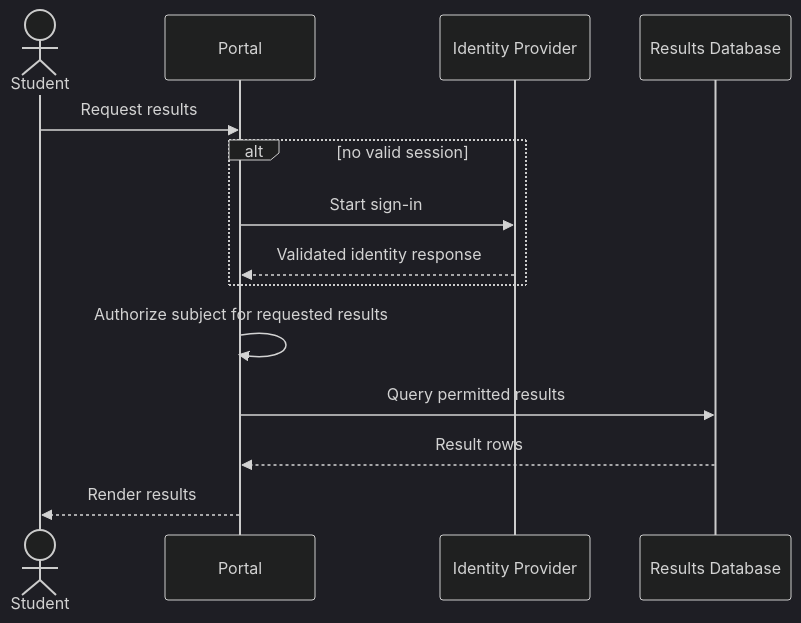
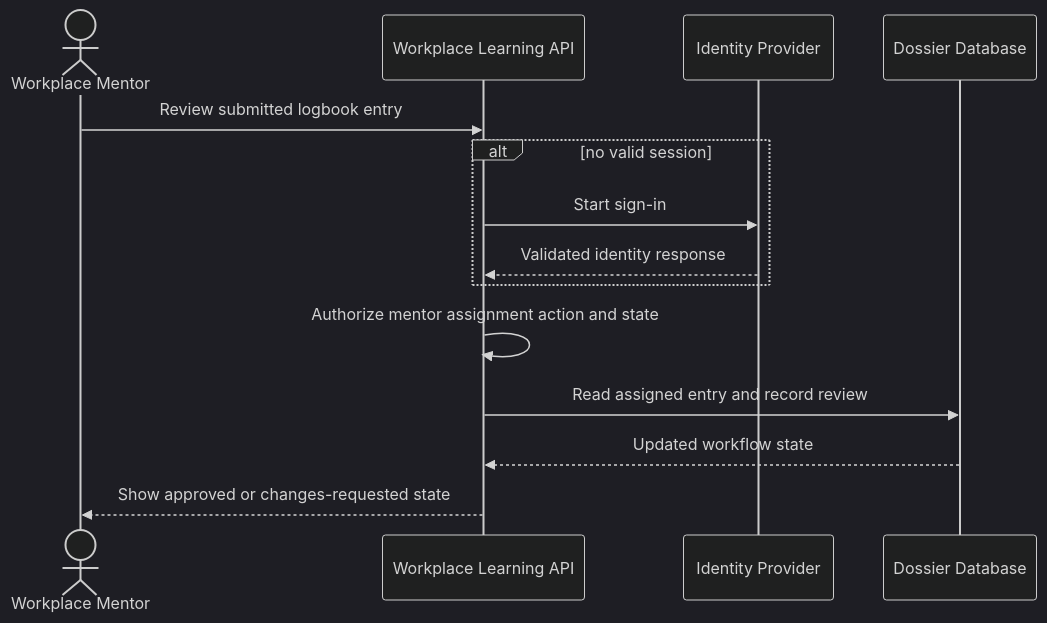
The third of 3 diagrams in course/07-views-and-decisions.md (dhoubrechts/architectures_intro), drawn with Mermaid (dark theme) before and after one commit. The commit also changed other lines of this file and 43 other files, not shown here.

````diff
--- a/course/07-views-and-decisions.md
+++ b/course/07-views-and-decisions.md
@@ -83,16 +85,16 @@
 ```mermaid
 sequenceDiagram
-    actor S as Student
-    participant P as Portal
+    actor M as Workplace Mentor
+    participant P as Workplace Learning API
     participant I as Identity Provider
-    participant D as Results Database
-    S->>P: Request results
+    participant D as Dossier Database
+    M->>P: Review submitted logbook entry
     alt no valid session
         P->>I: Start sign-in
         I-->>P: Validated identity response
     end
-    P->>P: Authorize subject for requested results
-    P->>D: Query permitted results
-    D-->>P: Result rows
-    P-->>S: Render results
+    P->>P: Authorize mentor assignment action and state
+    P->>D: Read assigned entry and record review
+    D-->>P: Updated workflow state
+    P-->>M: Show approved or changes-requested state
 ```
````
